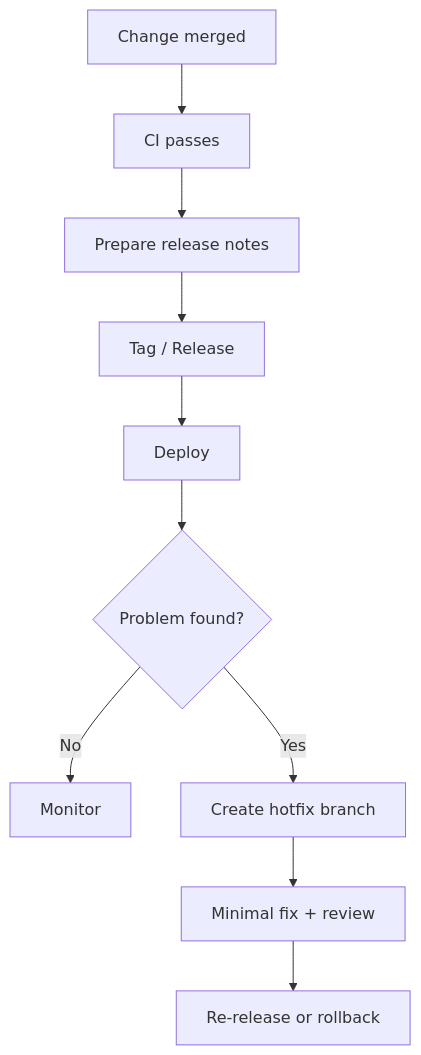
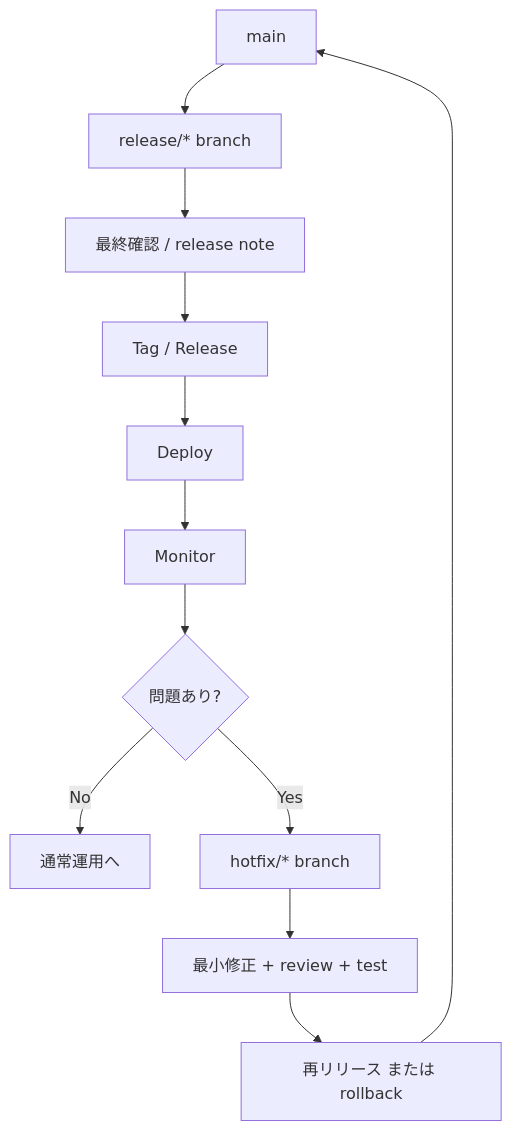
The diagram in docs/05-release-hotfix-and-operations/05-release-flow-diagram.md (duwenji/github-copilot-practical-workflows-tutorial), drawn with Mermaid before and after one commit. The commit also changed other lines of this file and 19 other files, not shown here.

````diff
--- a/docs/05-release-hotfix-and-operations/05-release-flow-diagram.md
+++ b/docs/05-release-hotfix-and-operations/05-release-flow-diagram.md
@@ -3,12 +5,14 @@
 ```mermaid
 flowchart TD
-    A[Change merged] --> B[CI passes]
-    B --> C[Prepare release notes]
+    A[main] --> B[release/* branch]
+    B --> C[最終確認 / release note]
     C --> D[Tag / Release]
     D --> E[Deploy]
-    E --> F{Problem found?}
-    F -- No --> G[Monitor]
-    F -- Yes --> H[Create hotfix branch]
-    H --> I[Minimal fix + review]
-    I --> J[Re-release or rollback]
+    E --> F[Monitor]
+    F --> G{問題あり?}
+    G -- No --> H[通常運用へ]
+    G -- Yes --> I[hotfix/* branch]
+    I --> J[最小修正 + review + test]
+    J --> K[再リリース または rollback]
+    K --> A
 ```
````
